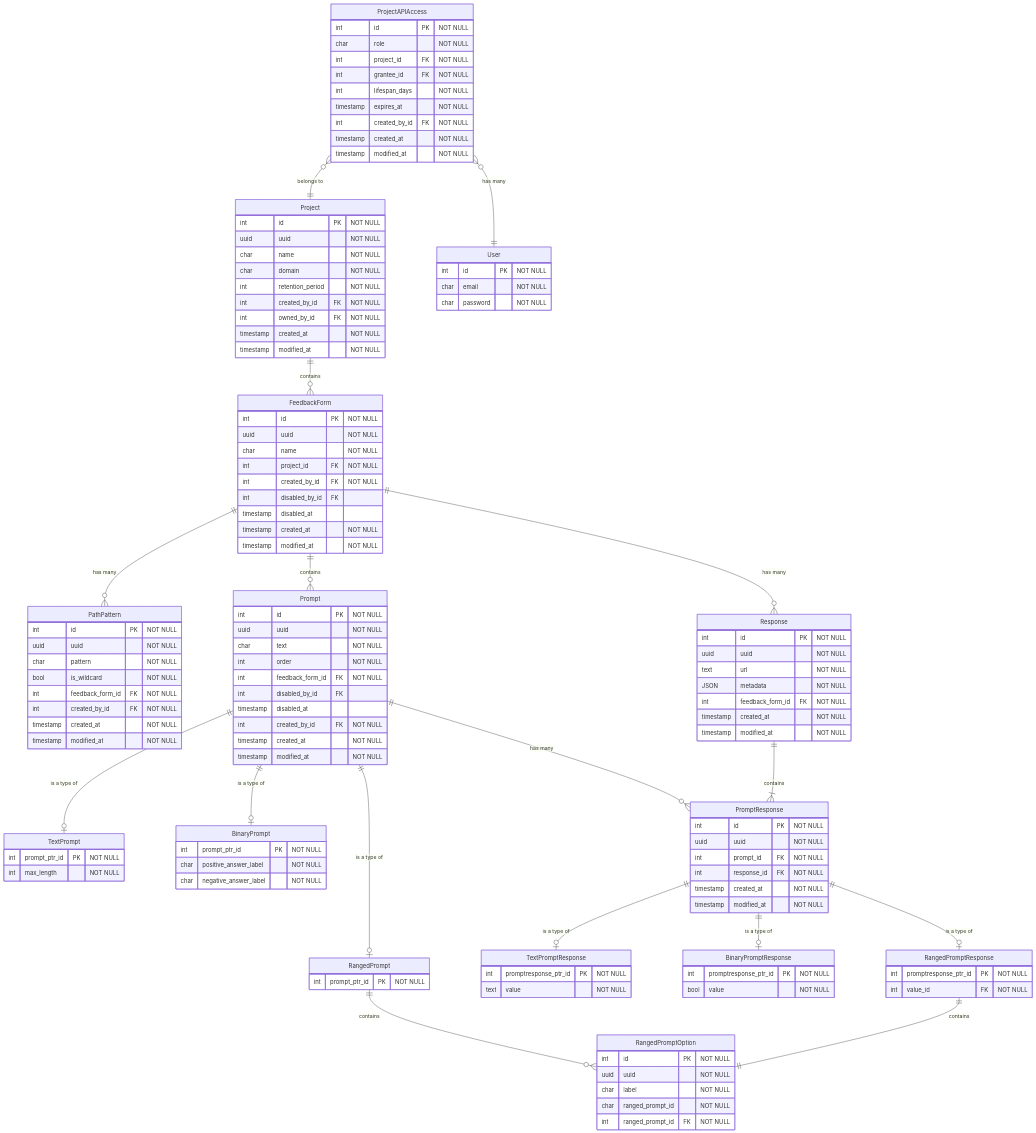
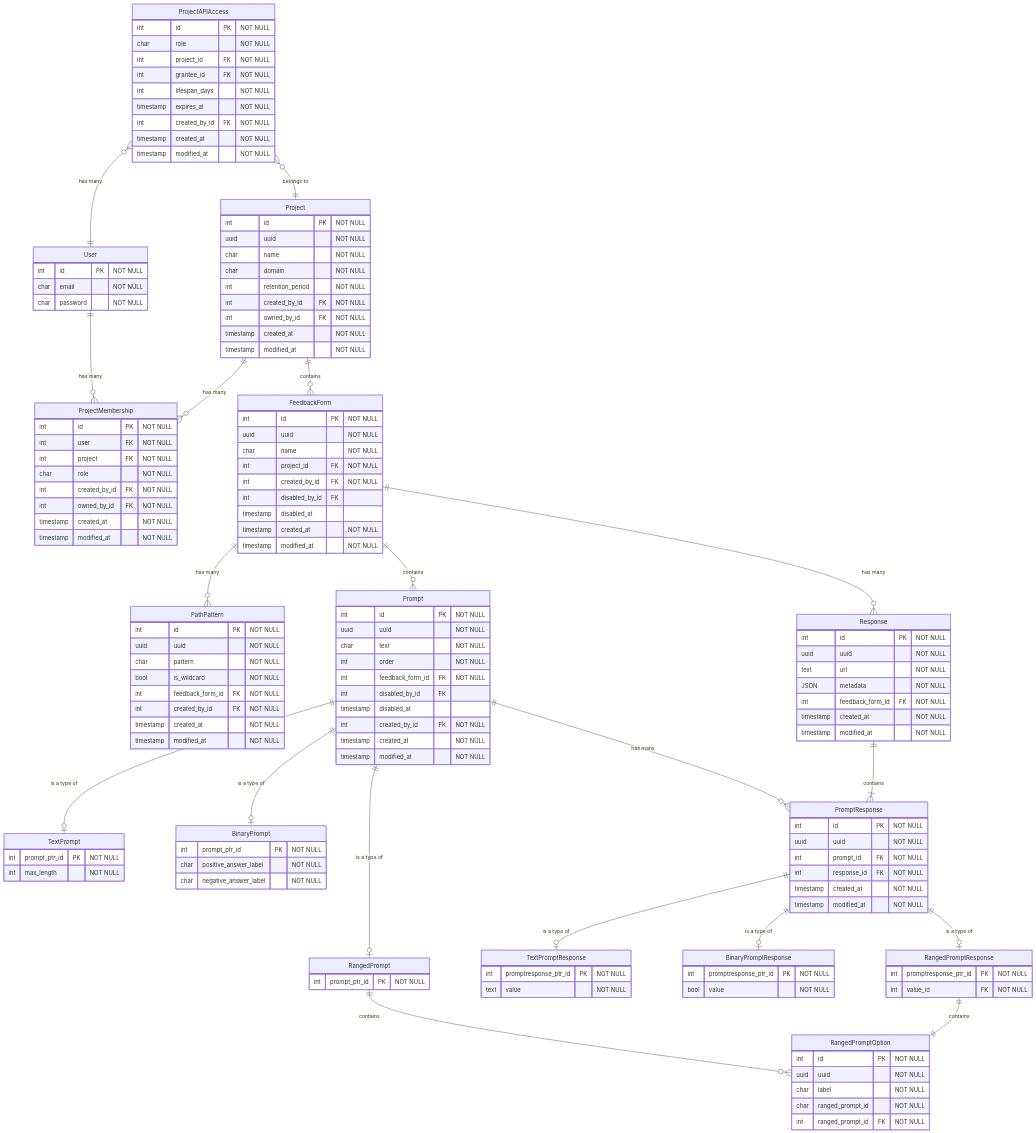
Before and after one commit to nationalarchives/ds-feedback: the diagram in docs/data-model.mmd, drawn with Mermaid. The commit also changed 21 other files, not shown here.

```diff
--- a/docs/data-model.mmd
+++ b/docs/data-model.mmd
@@ -1,125 +1,137 @@
 erDiagram
     Project {
         int id PK "NOT NULL"
         uuid uuid "NOT NULL"
         char name "NOT NULL"
         char domain "NOT NULL"
         int retention_period "NOT NULL"
+        int created_by_id FK "NOT NULL"
+        int owned_by_id FK "NOT NULL"
+        timestamp created_at "NOT NULL"
+        timestamp modified_at "NOT NULL"
+    }
+    ProjectMembership {
+        int id PK "NOT NULL"
+        int user FK "NOT NULL"
+        int project FK "NOT NULL"
+        char role "NOT NULL"
         int created_by_id FK "NOT NULL"
         int owned_by_id FK "NOT NULL"
         timestamp created_at "NOT NULL"
         timestamp modified_at "NOT NULL"
     }
     FeedbackForm {
         int id PK "NOT NULL"
         uuid uuid "NOT NULL"
         char name "NOT NULL"
         int project_id FK "NOT NULL"
         int created_by_id FK "NOT NULL"
         int disabled_by_id FK
         timestamp disabled_at
         timestamp created_at "NOT NULL"
         timestamp modified_at "NOT NULL"
     }
     PathPattern {
         int id PK "NOT NULL"
         uuid uuid "NOT NULL"
         char pattern "NOT NULL"
         bool is_wildcard "NOT NULL"
         int feedback_form_id FK "NOT NULL"
         int created_by_id FK "NOT NULL"
         timestamp created_at "NOT NULL"
         timestamp modified_at "NOT NULL"
     }
     Prompt {
         int id PK "NOT NULL"
         uuid uuid "NOT NULL"
         char text "NOT NULL"
         int order "NOT NULL"
         int feedback_form_id FK "NOT NULL"
         int disabled_by_id FK
         timestamp disabled_at
         int created_by_id FK "NOT NULL"
         timestamp created_at "NOT NULL"
         timestamp modified_at "NOT NULL"
     }
     TextPrompt {
         int prompt_ptr_id PK "NOT NULL"
         int max_length "NOT NULL"
     }
     BinaryPrompt {
         int prompt_ptr_id PK "NOT NULL"
         char positive_answer_label "NOT NULL"
         char negative_answer_label "NOT NULL"
     }
     RangedPrompt {
         int prompt_ptr_id PK "NOT NULL"
     }
     RangedPromptOption {
         int id PK "NOT NULL"
         uuid uuid "NOT NULL"
         char label "NOT NULL"
         char ranged_prompt_id "NOT NULL"
         int ranged_prompt_id FK "NOT NULL"
     }
     Response {
         int id PK "NOT NULL"
         uuid uuid "NOT NULL"
         text url "NOT NULL"
         JSON metadata "NOT NULL"
         int feedback_form_id FK "NOT NULL"
         timestamp created_at "NOT NULL"
         timestamp modified_at "NOT NULL"
     }
     PromptResponse {
         int id PK "NOT NULL"
         uuid uuid "NOT NULL"
         int prompt_id FK "NOT NULL"
         int response_id FK "NOT NULL"
         timestamp created_at "NOT NULL"
         timestamp modified_at "NOT NULL"
     }
     TextPromptResponse {
         int promptresponse_ptr_id PK "NOT NULL"
         text value "NOT NULL"
     }
     BinaryPromptResponse {
         int promptresponse_ptr_id PK "NOT NULL"
         bool value "NOT NULL"
     }
     RangedPromptResponse {
         int promptresponse_ptr_id PK "NOT NULL"
         int value_id FK"NOT NULL"
     }
     User {
         int id PK "NOT NULL"
         char email "NOT NULL"
         char password "NOT NULL"
     }
     ProjectAPIAccess {
         int id PK "NOT NULL"
         char role "NOT NULL"
         int project_id FK "NOT NULL"
         int grantee_id FK "NOT NULL"
         int lifespan_days "NOT NULL"
         timestamp expires_at "NOT NULL"
         int created_by_id FK "NOT NULL"
         timestamp created_at "NOT NULL"
         timestamp modified_at "NOT NULL"
     }
     ProjectAPIAccess }o--|| Project : "belongs to"
     ProjectAPIAccess }o--|| User : "has many"
+    User ||--o{ ProjectMembership: "has many"
+    Project ||--o{ ProjectMembership: "has many"
     Prompt ||--o| TextPrompt : "is a type of"
     Prompt ||--o| BinaryPrompt : "is a type of"
     Prompt ||--o| RangedPrompt : "is a type of"
     RangedPrompt ||--o{ RangedPromptOption : "contains"
     FeedbackForm ||--o{ PathPattern: "has many"
     Project ||--o{ FeedbackForm : "contains"
     FeedbackForm ||--o{ Prompt: "contains"
     FeedbackForm ||--o{ Response: "has many"
     Prompt ||--o{ PromptResponse : "has many"
     Response ||--|{ PromptResponse : "contains"
     PromptResponse ||--o| RangedPromptResponse : "is a type of"
     PromptResponse ||--o| BinaryPromptResponse : "is a type of"
     PromptResponse ||--o| TextPromptResponse : "is a type of"
     RangedPromptResponse ||--|| RangedPromptOption : "contains"
```
